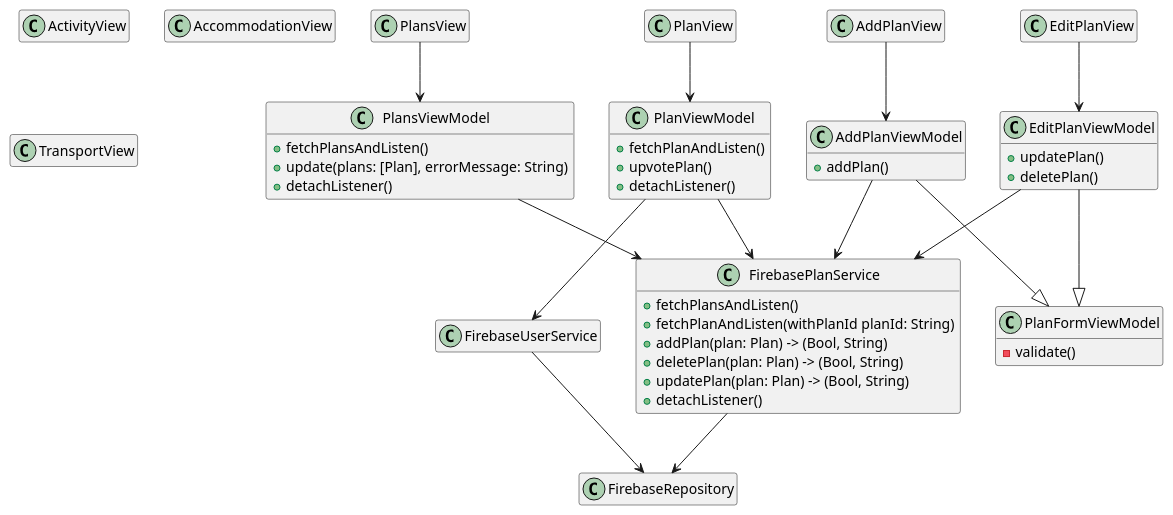
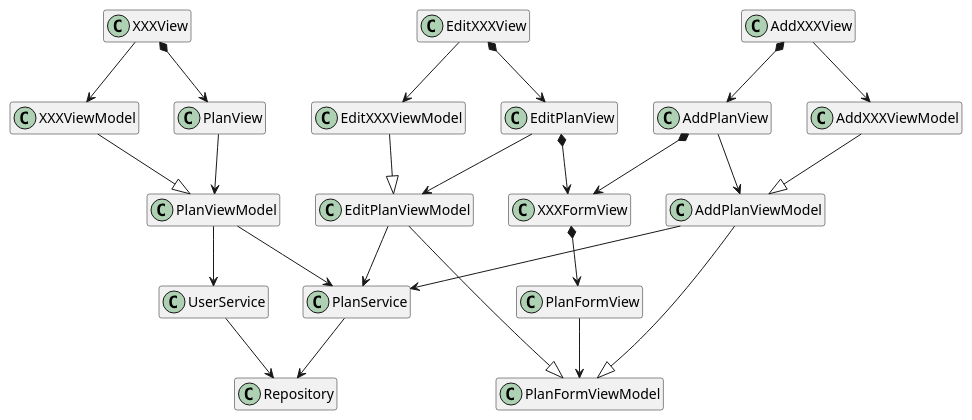
One commit to keanecjy/TourMate changed the diagram in docs/diagrams/Plan.puml. Above: the diagram before and after it, drawn with PlantUML. The commit also changed 1 other file, not shown here.

```diff
--- a/docs/diagrams/Plan.puml
+++ b/docs/diagrams/Plan.puml
@@ -1,76 +1,79 @@
 @startuml
 
 hide empty members
 
-class PlansView {}
+class XXXView
+class AddXXXView
+class EditXXXView
 
-class ActivityView {}
+class XXXViewModel
+class AddXXXViewModel
+class EditXXXViewModel
 
-class AccommodationView {}
-
-class TransportView {}
+class XXXFormView
 
 class PlanView {}
 
 class AddPlanView {}
 
 class EditPlanView {}
 
-class PlansViewModel {
-    + fetchPlansAndListen()
-    + update(plans: [Plan], errorMessage: String)
-    + detachListener()
-}
+class PlanFormView
 
 class PlanViewModel {
-    + fetchPlanAndListen()
-    + upvotePlan()
-    + detachListener()
 }
 
 class AddPlanViewModel {
-    + addPlan()
 }
 
 class EditPlanViewModel {
-    + updatePlan()
-    + deletePlan()
 }
 
 class PlanFormViewModel {
-    - validate()
 }
 
-class FirebasePlanService {
-    + fetchPlansAndListen()
-    + fetchPlanAndListen(withPlanId planId: String)
-    + addPlan(plan: Plan) -> (Bool, String)
-    + deletePlan(plan: Plan) -> (Bool, String)
-    + updatePlan(plan: Plan) -> (Bool, String)
-    + detachListener()
+class PlanService {
 }
 
-class FirebaseUserService {
+class UserService {
 }
 
-class FirebaseRepository {}
+class Repository {}
 
-PlansView --> PlansViewModel
+
+XXXView --> XXXViewModel
+XXXView *--> PlanView
+XXXViewModel --|> PlanViewModel
+
+AddXXXView *--> AddPlanView
+EditXXXView *--> EditPlanView
+
+XXXFormView *--> PlanFormView
+PlanFormView --> PlanFormViewModel
+
+EditXXXView --> EditXXXViewModel
+AddXXXView --> AddXXXViewModel
+
+EditPlanView *--> XXXFormView
+AddPlanView *--> XXXFormView
+
 PlanView --> PlanViewModel
 AddPlanView --> AddPlanViewModel
 EditPlanView --> EditPlanViewModel
 
-PlansViewModel --> FirebasePlanService
-PlanViewModel --> FirebasePlanService
-AddPlanViewModel --> FirebasePlanService
-EditPlanViewModel --> FirebasePlanService
+PlanViewModel --> PlanService
+AddPlanViewModel --> PlanService
+EditPlanViewModel --> PlanService
+
+AddXXXViewModel --|> AddPlanViewModel
+EditXXXViewModel --|> EditPlanViewModel
 
 AddPlanViewModel --|> PlanFormViewModel
 EditPlanViewModel --|> PlanFormViewModel
 
-PlanViewModel --> FirebaseUserService
+PlanViewModel --> UserService
 
-FirebaseUserService --> FirebaseRepository
-FirebasePlanService --> FirebaseRepository
+UserService --> Repository
+PlanService --> Repository
 
 @enduml
```
